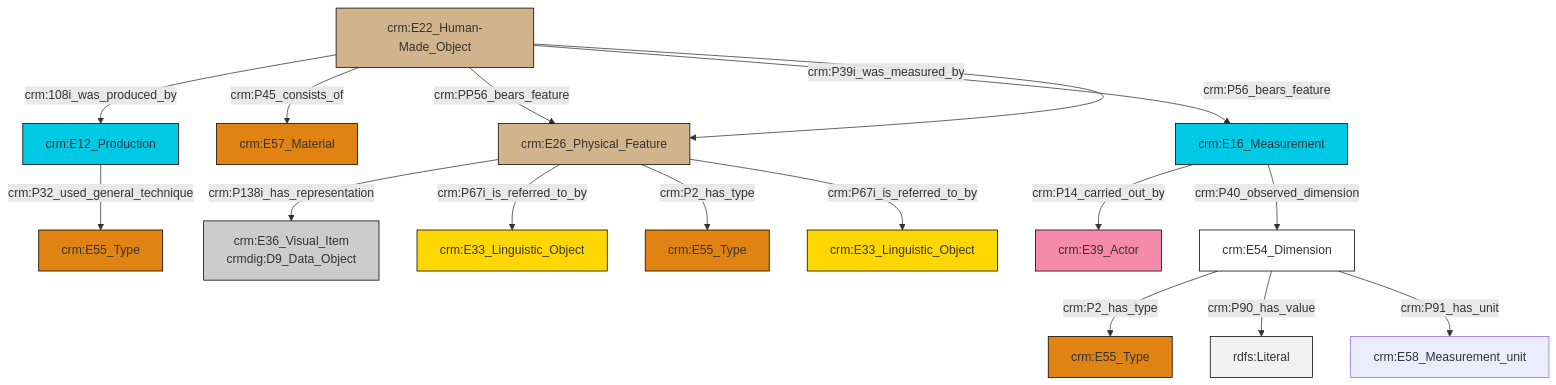
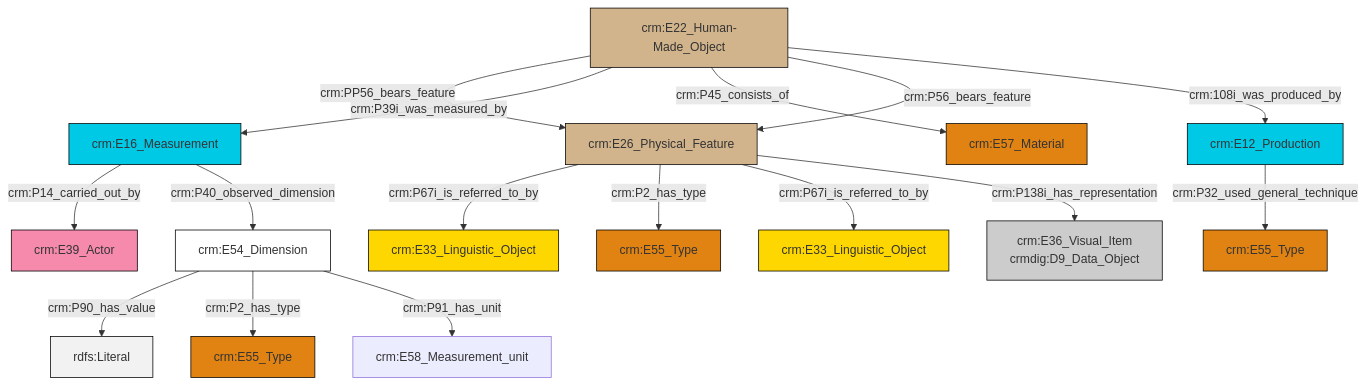
One commit to swiss-art-research-net/docs.swissartresearch changed the diagram in et/carrierCSV/ttl/mmd/carrier_substance.ttl.mmd. Above: the diagram before and after it, drawn with Mermaid. The commit also changed 172 other files, not shown here.

```diff
--- a/et/carrierCSV/ttl/mmd/carrier_substance.ttl.mmd
+++ b/et/carrierCSV/ttl/mmd/carrier_substance.ttl.mmd
@@ -1,30 +1,30 @@
 graph TD
 classDef Literal fill:#f2f2f2,stroke:#000000;
 classDef CRM_Entity fill:#FFFFFF,stroke:#000000;
 classDef Temporal_Entity fill:#00C9E6, stroke:#000000;
 classDef Type fill:#E18312, stroke:#000000;
 classDef Time-Span fill:#2C9C91, stroke:#000000;
 classDef Appellation fill:#FFEB7F, stroke:#000000;
 classDef Place fill:#008836, stroke:#000000;
 classDef Persistent_Item fill:#B266B2, stroke:#000000;
 classDef Conceptual_Object fill:#FFD700, stroke:#000000;
 classDef Physical_Thing fill:#D2B48C, stroke:#000000;
 classDef Actor fill:#f58aad, stroke:#000000;
 classDef PC_Classes fill:#4ce600, stroke:#000000;
 classDef Multi fill:#cccccc,stroke:#000000;
 
-2["crm:E22_Human-Made_Object"]:::Physical_Thing -->|crm:108i_was_produced_by| 3["crm:E12_Production"]:::Temporal_Entity
-2["crm:E22_Human-Made_Object"]:::Physical_Thing -->|crm:P45_consists_of| 4["crm:E57_Material"]:::Type
-2["crm:E22_Human-Made_Object"]:::Physical_Thing -->|crm:PP56_bears_feature| 5["crm:E26_Physical_Feature"]:::Physical_Thing
-3["crm:E12_Production"]:::Temporal_Entity -->|crm:P32_used_general_technique| 10["crm:E55_Type"]:::Type
-15["crm:E16_Measurement"]:::Temporal_Entity -->|crm:P14_carried_out_by| 6["crm:E39_Actor"]:::Actor
-8["crm:E54_Dimension"]:::CRM_Entity -->|crm:P2_has_type| 11["crm:E55_Type"]:::Type
-5["crm:E26_Physical_Feature"]:::Physical_Thing -->|crm:P138i_has_representation| 0["crm:E36_Visual_Item<br>crmdig:D9_Data_Object"]:::Multi
-5["crm:E26_Physical_Feature"]:::Physical_Thing -->|crm:P67i_is_referred_to_by| 21["crm:E33_Linguistic_Object"]:::Conceptual_Object
-2["crm:E22_Human-Made_Object"]:::Physical_Thing -->|crm:P39i_was_measured_by| 15["crm:E16_Measurement"]:::Temporal_Entity
-2["crm:E22_Human-Made_Object"]:::Physical_Thing -->|crm:P56_bears_feature| 5["crm:E26_Physical_Feature"]:::Physical_Thing
-8["crm:E54_Dimension"]:::CRM_Entity -->|crm:P90_has_value| 24[rdfs:Literal]:::Literal
-5["crm:E26_Physical_Feature"]:::Physical_Thing -->|crm:P2_has_type| 16["crm:E55_Type"]:::Type
-8["crm:E54_Dimension"]:::CRM_Entity -->|crm:P91_has_unit| 25["crm:E58_Measurement_unit"]:::Default
-5["crm:E26_Physical_Feature"]:::Physical_Thing -->|crm:P67i_is_referred_to_by| 22["crm:E33_Linguistic_Object"]:::Conceptual_Object
-15["crm:E16_Measurement"]:::Temporal_Entity -->|crm:P40_observed_dimension| 8["crm:E54_Dimension"]:::CRM_Entity
+4["crm:E54_Dimension"]:::CRM_Entity -->|crm:P90_has_value| 5[rdfs:Literal]:::Literal
+6["crm:E26_Physical_Feature"]:::Physical_Thing -->|crm:P67i_is_referred_to_by| 7["crm:E33_Linguistic_Object"]:::Conceptual_Object
+6["crm:E26_Physical_Feature"]:::Physical_Thing -->|crm:P2_has_type| 10["crm:E55_Type"]:::Type
+2["crm:E22_Human-Made_Object"]:::Physical_Thing -->|crm:PP56_bears_feature| 6["crm:E26_Physical_Feature"]:::Physical_Thing
+6["crm:E26_Physical_Feature"]:::Physical_Thing -->|crm:P67i_is_referred_to_by| 14["crm:E33_Linguistic_Object"]:::Conceptual_Object
+2["crm:E22_Human-Made_Object"]:::Physical_Thing -->|crm:P39i_was_measured_by| 12["crm:E16_Measurement"]:::Temporal_Entity
+2["crm:E22_Human-Made_Object"]:::Physical_Thing -->|crm:P45_consists_of| 15["crm:E57_Material"]:::Type
+2["crm:E22_Human-Made_Object"]:::Physical_Thing -->|crm:P56_bears_feature| 6["crm:E26_Physical_Feature"]:::Physical_Thing
+4["crm:E54_Dimension"]:::CRM_Entity -->|crm:P2_has_type| 0["crm:E55_Type"]:::Type
+16["crm:E12_Production"]:::Temporal_Entity -->|crm:P32_used_general_technique| 17["crm:E55_Type"]:::Type
+2["crm:E22_Human-Made_Object"]:::Physical_Thing -->|crm:108i_was_produced_by| 16["crm:E12_Production"]:::Temporal_Entity
+6["crm:E26_Physical_Feature"]:::Physical_Thing -->|crm:P138i_has_representation| 8["crm:E36_Visual_Item<br>crmdig:D9_Data_Object"]:::Multi
+4["crm:E54_Dimension"]:::CRM_Entity -->|crm:P91_has_unit| 23["crm:E58_Measurement_unit"]:::Default
+12["crm:E16_Measurement"]:::Temporal_Entity -->|crm:P14_carried_out_by| 25["crm:E39_Actor"]:::Actor
+12["crm:E16_Measurement"]:::Temporal_Entity -->|crm:P40_observed_dimension| 4["crm:E54_Dimension"]:::CRM_Entity
```
